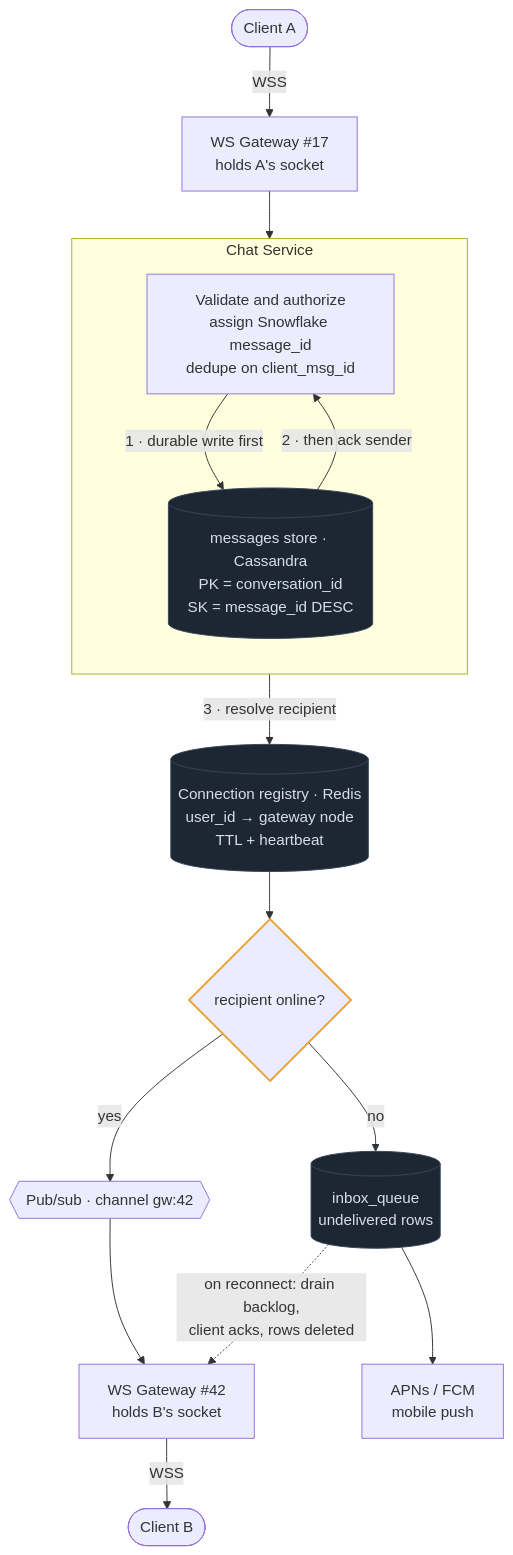
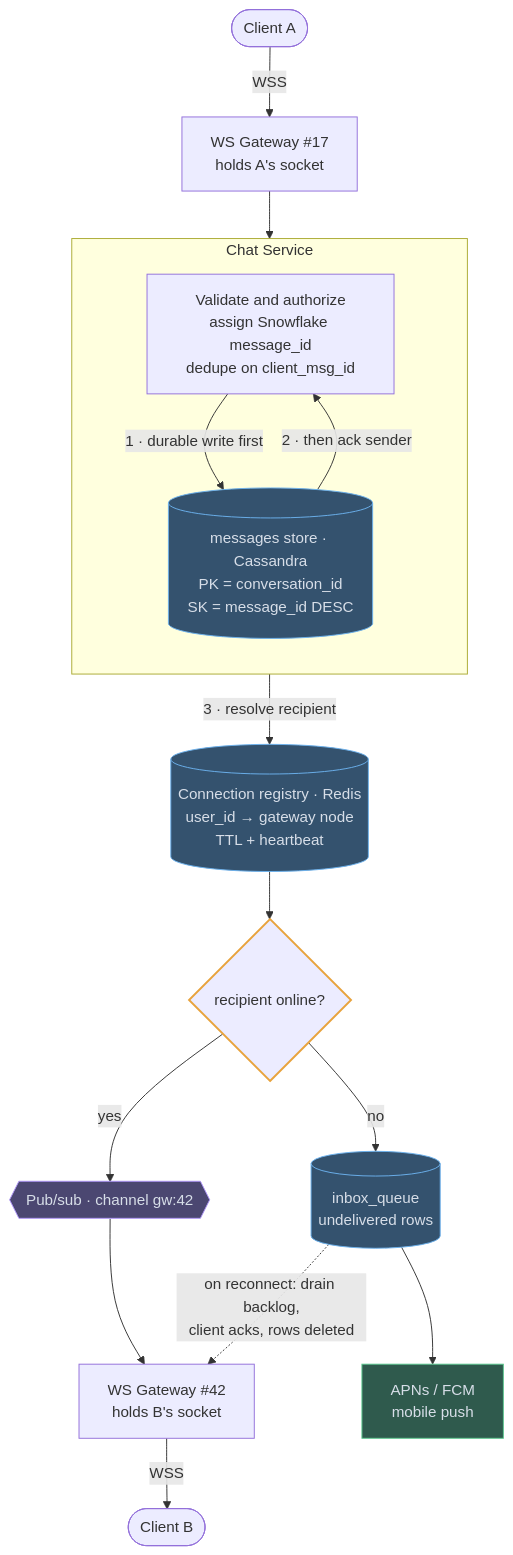
One commit to mertkahyaoglu/atlas changed the diagram in content/designs/02-chat-slack.md. Above: the diagram before and after it, drawn with Mermaid. The commit also changed 16 other files, not shown here.

````diff
--- a/content/designs/02-chat-slack.md
+++ b/content/designs/02-chat-slack.md
@@ -111,36 +111,40 @@
 ```mermaid
 flowchart TB
     A([Client A]) -- "WSS" --> GWA["WS Gateway #17<br/>holds A's socket"]
     GWA --> Chat
 
     subgraph CHAT ["Chat Service"]
         direction TB
         Chat["Validate and authorize<br/>assign Snowflake message_id<br/>dedupe on client_msg_id"]
         Durable[("messages store · Cassandra<br/>PK = conversation_id<br/>SK = message_id DESC")]
         Chat -- "1 · durable write first" --> Durable
         Durable -- "2 · then ack sender" --> Chat
     end
 
     Chat -- "3 · resolve recipient" --> Registry
     Registry[("Connection registry · Redis<br/>user_id → gateway node<br/>TTL + heartbeat")]
     Registry --> Online{"recipient online?"}
 
     Online -- "yes" --> PubSub{{"Pub/sub · channel gw:42"}}
     PubSub --> GWB["WS Gateway #42<br/>holds B's socket"]
     GWB -- "WSS" --> B([Client B])
 
     Online -- "no" --> Inbox[("inbox_queue<br/>undelivered rows")]
     Inbox --> Push["APNs / FCM<br/>mobile push"]
     Inbox -. "on reconnect: drain backlog,<br/>client acks, rows deleted" .-> GWB
 
-    classDef store fill:#1d2734,stroke:#35455a,color:#d7dee8
+    classDef store fill:#34526e,stroke:#6cb2ee,color:#d7dee8
+    classDef queue fill:#4b4771,stroke:#ad94f7,color:#d7dee8
+    classDef external fill:#2f5a4d,stroke:#5cc98f,color:#d7dee8
     classDef hot stroke:#e8a33d,stroke-width:2px
     class Durable,Registry,Inbox store
     class Online hot
+    class PubSub queue
+    class Push external
 
     click GWA href "/docs/07-apis-and-communication" "Role: keeps sender A's persistent connection and forwards messages inward.<br/>Trade-off: a stateful node, and a crash drops thousands of sockets that all reconnect."
     click GWB href "/docs/07-apis-and-communication" "Role: pushes messages to B over the socket it holds.<br/>Trade-off: sticky state, so rebalancing gateways causes reconnect storms."
     click Durable href "/docs/02-data-storage" "Role: persists every message before the sender gets an ack, one partition per conversation.<br/>Trade-off: very large group chats turn into hot partitions."
     click Registry href "/docs/07-apis-and-communication" "Role: finds which gateway holds the recipient's socket.<br/>Trade-off: entries go stale when a gateway crashes, and TTL heartbeats bound how wrong they get."
     click PubSub href "/docs/05-async-messaging-and-event-driven" "Role: delivers to the one gateway holding B instead of every node.<br/>Trade-off: fire-and-forget, so the inbox queue covers anything it loses."
 ```
````
